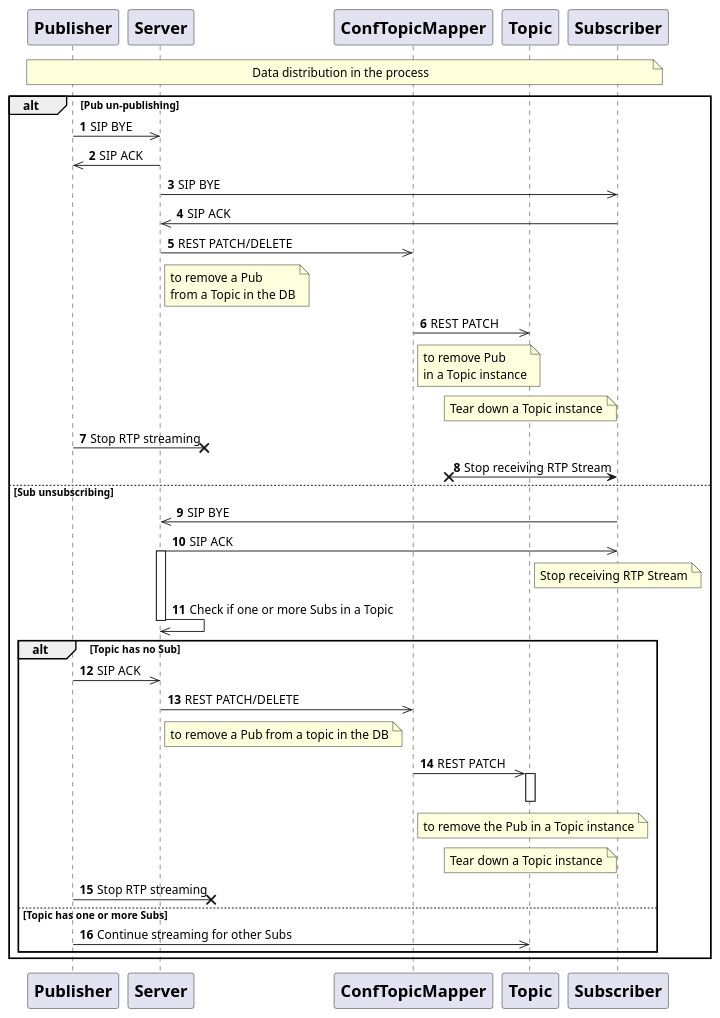
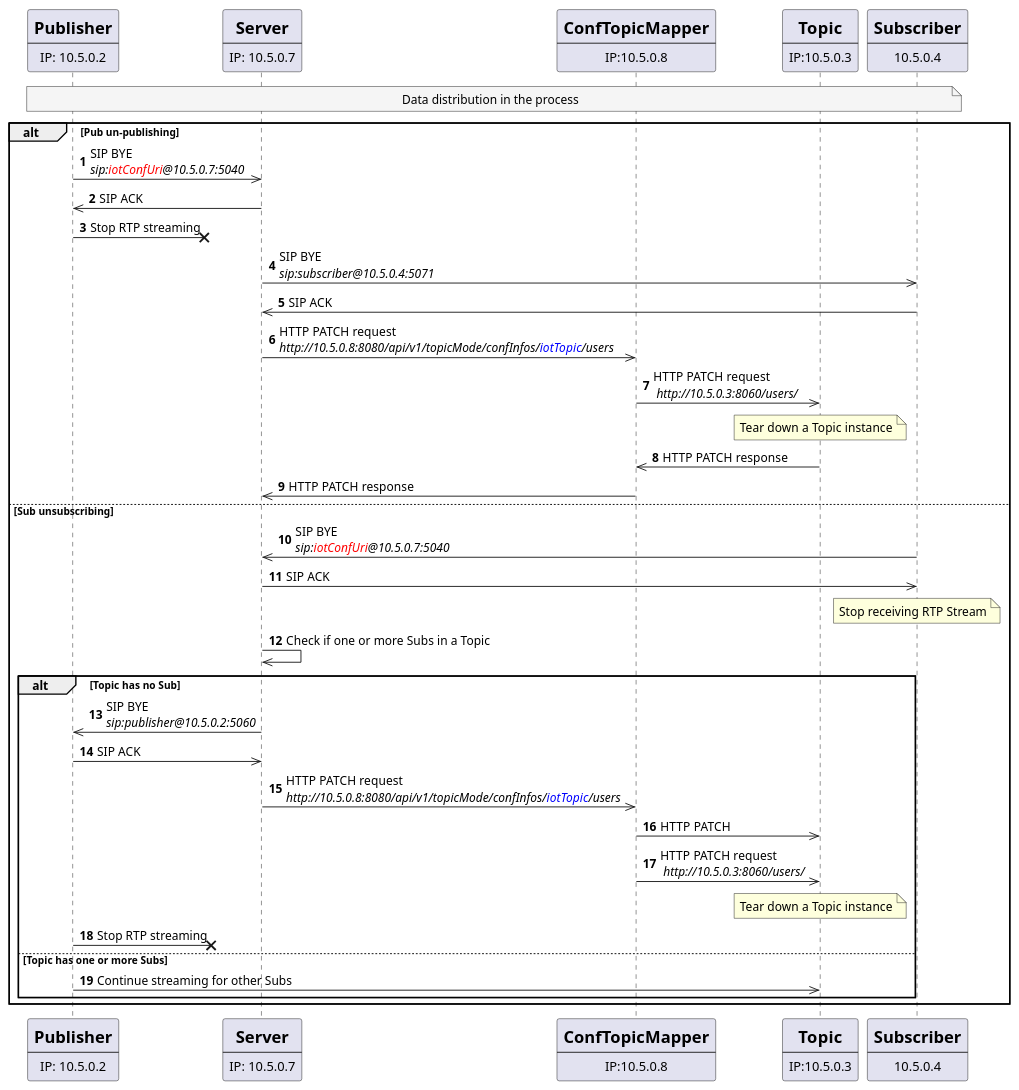
The diagram in pubsub/sequences/unsubscribe.puml (chumvan/rtppubsub), drawn with PlantUML before and after one commit. The commit also changed 2 other files, not shown here.

Commit message:
add unsubscribe sequence

```diff
--- a/pubsub/sequences/unsubscribe.puml
+++ b/pubsub/sequences/unsubscribe.puml
@@ -1,64 +1,64 @@
 @startuml unsubscsribe
     autonumber
     participant Pub [
         = Publisher
+        ----
+        IP: 10.5.0.2
     ]
     participant Server [
         = Server
+        ----
+        IP: 10.5.0.7
     ]
     participant ConfTopicMapper [
         = ConfTopicMapper
+        ----
+        IP:10.5.0.8
     ]
     participant Topic [
         = Topic
+        ----
+        IP:10.5.0.3
     ]
     participant Sub [
         = Subscriber
+        ----
+        10.5.0.4
     ]
 
+
     
-    Note over Pub, Sub: Data distribution in the process
+    Note over Pub, Sub #WhiteSmoke: Data distribution in the process
 
     alt Pub un-publishing
-        Pub ->> Server: SIP BYE
+        Pub ->> Server: SIP BYE\n<i>sip:<color:red>iotConfUri</color>@10.5.0.7:5040</i>
         Server ->> Pub: SIP ACK
-        Server ->> Sub: SIP BYE
+        Pub ->x?: Stop RTP streaming
+        Server ->> Sub: SIP BYE\n<i>sip:subscriber@10.5.0.4:5071</i>
         Sub ->> Server: SIP ACK
-        Server ->> ConfTopicMapper: REST PATCH/DELETE
-        Note right of Server: to remove a Pub\nfrom a Topic in the DB
-        ConfTopicMapper ->> Topic: REST PATCH
-        Note right of ConfTopicMapper: to remove Pub\nin a Topic instance
-    
+        Server ->> ConfTopicMapper: HTTP PATCH request\n<i>http://10.5.0.8:8080/api/v1/topicMode/confInfos/<color:blue>iotTopic</color>/users</i>
+        ConfTopicMapper ->> Topic: HTTP PATCH request\n <i>http://10.5.0.3:8060/users/</i> 
         Note over Topic: Tear down a Topic instance
-        
-        
-        Pub ->x?: Stop RTP streaming
-        
-        
-        ?x-> Sub: Stop receiving RTP Stream
-        
+        Topic ->> ConfTopicMapper: HTTP PATCH response
+        ConfTopicMapper ->> Server: HTTP PATCH response 
     else Sub unsubscribing
-        Sub ->> Server: SIP BYE
+        Sub ->> Server: SIP BYE\n<i>sip:<color:red>iotConfUri</color>@10.5.0.7:5040</i>
         Server ->> Sub: SIP ACK
         
         Note over Sub: Stop receiving RTP Stream
         
         
-        activate Server
         Server ->> Server: Check if one or more Subs in a Topic
-        deactivate Server
         alt Topic has no Sub
+            Server ->> Pub: SIP BYE\n<i>sip:publisher@10.5.0.2:5060</i>
             Pub ->> Server: SIP ACK
-            Server ->> ConfTopicMapper: REST PATCH/DELETE
-            Note right of Server: to remove a Pub from a topic in the DB
-            ConfTopicMapper ->> Topic: REST PATCH
-            Note right of ConfTopicMapper: to remove the Pub in a Topic instance
-            activate Topic
-                Note over Topic: Tear down a Topic instance
-            deactivate Topic
+            Server ->> ConfTopicMapper: HTTP PATCH request\n<i>http://10.5.0.8:8080/api/v1/topicMode/confInfos/<color:blue>iotTopic</color>/users</i>
+            ConfTopicMapper ->> Topic: HTTP PATCH
+            ConfTopicMapper ->> Topic: HTTP PATCH request\n <i>http://10.5.0.3:8060/users/</i> 
+            Note over Topic: Tear down a Topic instance
             Pub ->x?: Stop RTP streaming
         else Topic has one or more Subs
             Pub ->> Topic: Continue streaming for other Subs
         end
     end
 @enduml
```
